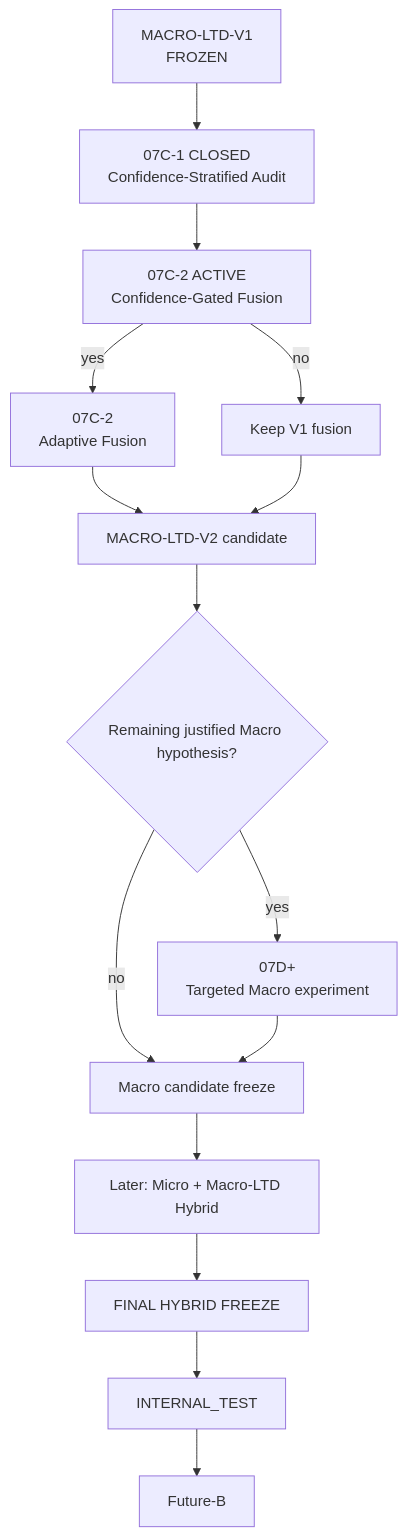
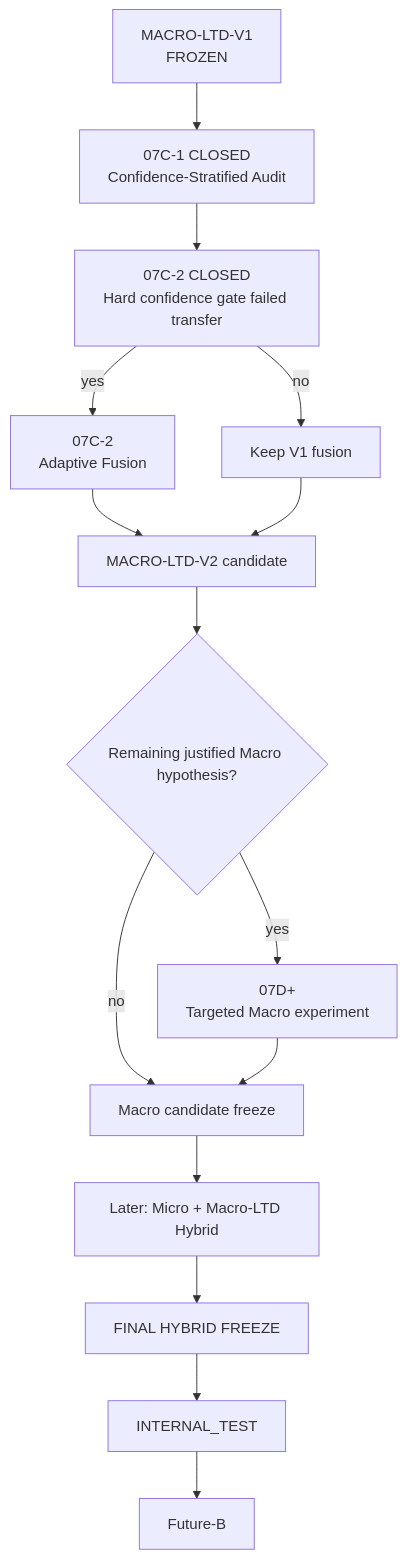
One commit to a52290451/ltd-attack changed the second of 2 diagrams in docs/EXPERIMENT_MAP.md. Above: the diagram before and after it, drawn with Mermaid. The commit also changed other lines of this file and 6 other files, not shown here.

Commit message:
exp: close failed confidence gate and test LTD context length

````diff
--- a/docs/EXPERIMENT_MAP.md
+++ b/docs/EXPERIMENT_MAP.md
@@ -151,17 +151,17 @@
 ```mermaid
 flowchart TD
 A["MACRO-LTD-V1<br/>FROZEN"] --> B["07C-1 CLOSED<br/>Confidence-Stratified Audit"]
-B --> C["07C-2 ACTIVE<br/>Confidence-Gated Fusion"]
+B --> C["07C-2 CLOSED<br/>Hard confidence gate failed transfer"]
 C -- yes --> D["07C-2<br/>Adaptive Fusion"]
 C -- no --> E["Keep V1 fusion"]
 D --> F["MACRO-LTD-V2 candidate"]
 E --> F
 F --> G{"Remaining justified Macro hypothesis?"}
 G -- yes --> H["07D+<br/>Targeted Macro experiment"]
 G -- no --> I["Macro candidate freeze"]
 H --> I
 I --> J["Later: Micro + Macro-LTD Hybrid"]
 J --> K["FINAL HYBRID FREEZE"]
 K --> L["INTERNAL_TEST"]
 L --> M["Future-B"]
 ```
````
